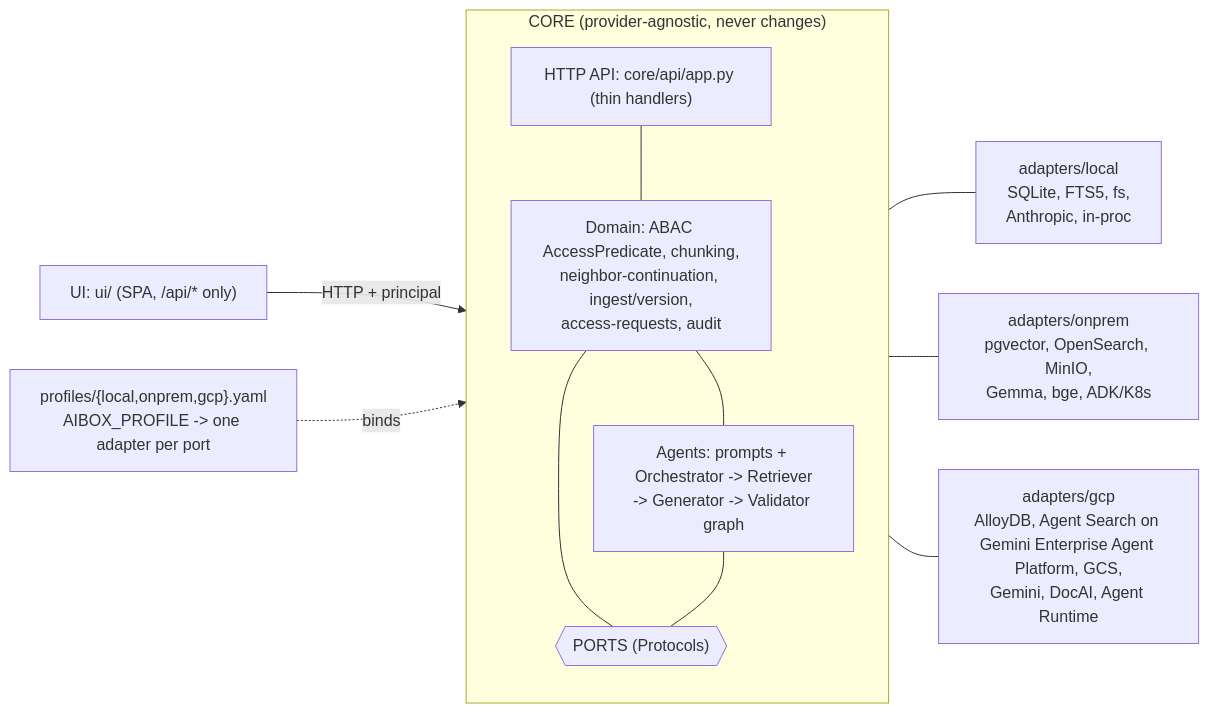
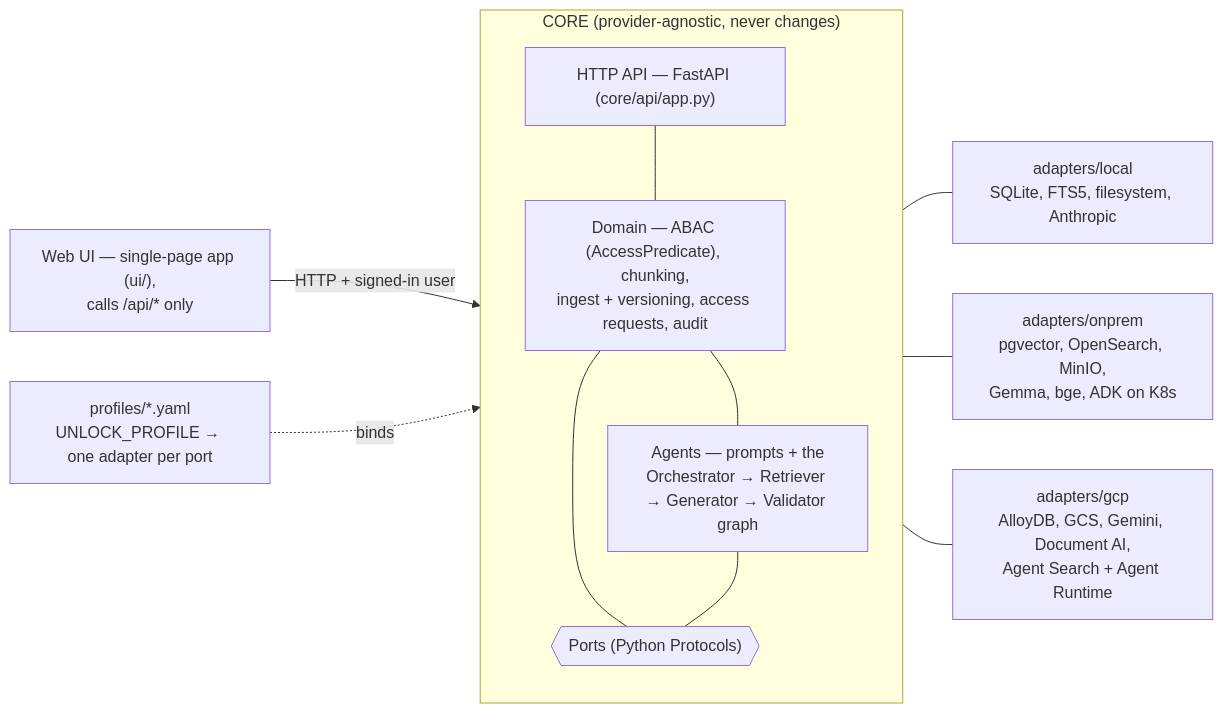
The third of 3 diagrams in README.md (ashishawasthi/unlock-search), drawn with Mermaid before and after one commit. The commit also changed other lines of this file and 38 other files, not shown here.

````diff
--- a/README.md
+++ b/README.md
@@ -79,22 +144,22 @@
 ```mermaid
 flowchart LR
     subgraph CORE["CORE (provider-agnostic, never changes)"]
         direction TB
-        DOM["Domain: ABAC AccessPredicate, chunking,<br/>neighbor-continuation, ingest/version,<br/>access-requests, audit"]
-        AG["Agents: prompts + Orchestrator -> Retriever<br/>-> Generator -> Validator graph"]
-        API["HTTP API: core/api/app.py (thin handlers)"]
-        PORTS{{"PORTS (Protocols)"}}
+        DOM["Domain — ABAC (AccessPredicate), chunking,<br/>ingest + versioning, access requests, audit"]
+        AG["Agents — prompts + the<br/>Orchestrator → Retriever → Generator → Validator graph"]
+        API["HTTP API — FastAPI (core/api/app.py)"]
+        PORTS{{"Ports (Python Protocols)"}}
         API --- DOM
         DOM --- AG
         DOM --- PORTS
         AG --- PORTS
     end
 
-    UI["UI: ui/ (SPA, /api/* only)"] -->|HTTP + principal| API
+    UI["Web UI — single-page app (ui/),<br/>calls /api/* only"] -->|"HTTP + signed-in user"| API
 
-    PORTS --- L["adapters/local<br/>SQLite, FTS5, fs,<br/>Anthropic, in-proc"]
-    PORTS --- O["adapters/onprem<br/>pgvector, OpenSearch, MinIO,<br/>Gemma, bge, ADK/K8s"]
-    PORTS --- G["adapters/gcp<br/>AlloyDB, Agent Search on Gemini Enterprise Agent Platform, GCS,<br/>Gemini, DocAI, Agent Runtime"]
+    PORTS --- L["adapters/local<br/>SQLite, FTS5, filesystem, Anthropic"]
+    PORTS --- O["adapters/onprem<br/>pgvector, OpenSearch, MinIO,<br/>Gemma, bge, ADK on K8s"]
+    PORTS --- G["adapters/gcp<br/>AlloyDB, GCS, Gemini, Document AI,<br/>Agent Search + Agent Runtime"]
 
-    PROF["profiles/{local,onprem,gcp}.yaml<br/>AIBOX_PROFILE -> one adapter per port"] -.->|binds| PORTS
+    PROF["profiles/*.yaml<br/>UNLOCK_PROFILE → one adapter per port"] -.->|binds| PORTS
 ```
````
